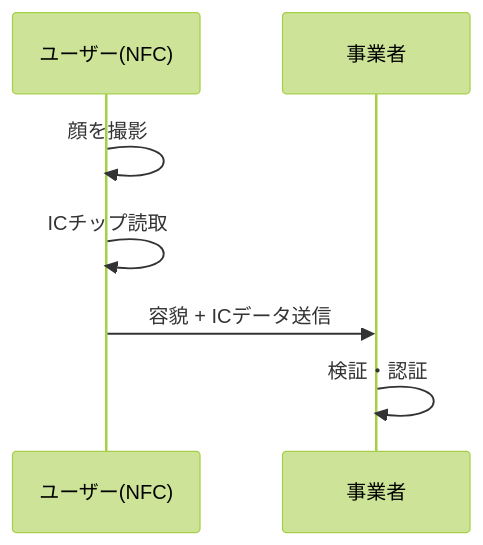
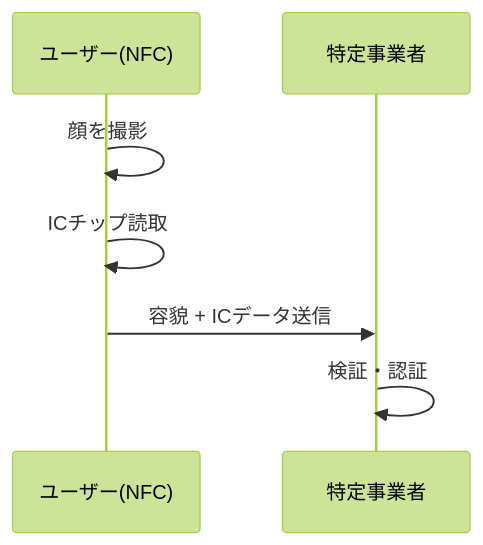
One commit to CiderH2CO3/study-hanshuho changed the tenth of 20 diagrams in hanshuho.md. Above: the diagram before and after it, drawn with Mermaid (forest theme). The commit also changed other lines of this file, not shown here.

````diff
--- a/hanshuho.md
+++ b/hanshuho.md
@@ -388,9 +404,9 @@
 ```mermaid
 sequenceDiagram
     participant User as ユーザー(NFC)
-    participant Server as 事業者
+    participant Server as 特定事業者
     User->>User: 顔を撮影
     User->>User: ICチップ読取
     User->>Server: 容貌 + ICデータ送信
     Server->>Server: 検証・認証
 ```
````
